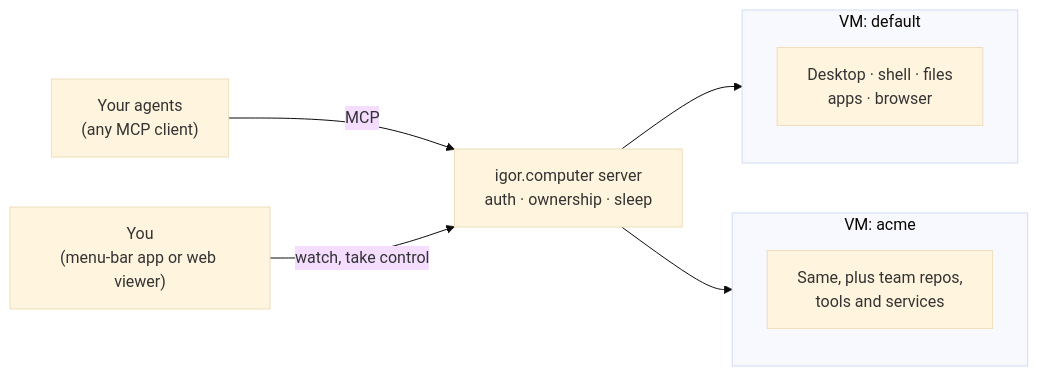
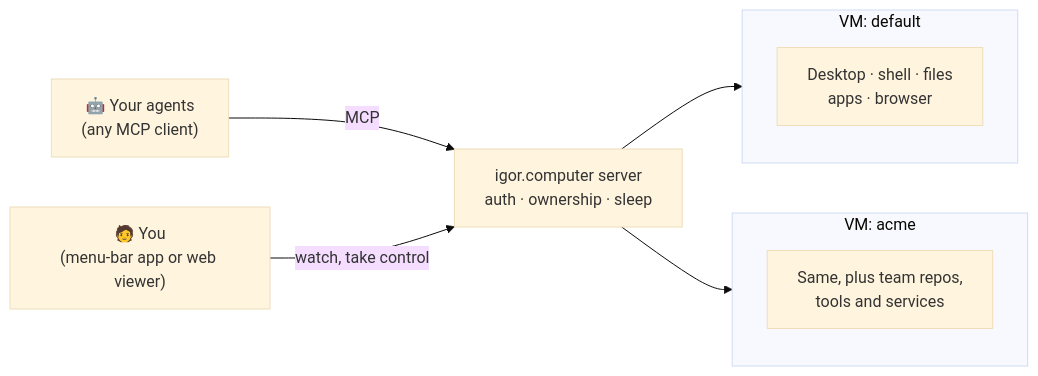
The diagram in README.md (DaniGuardiola/igor.computer), drawn with Mermaid (base theme) before and after one commit. The commit also changed other lines of this file, not shown here.

````diff
--- a/README.md
+++ b/README.md
@@ -118,13 +20,13 @@
 ```mermaid
 flowchart LR
-  A["Your agents<br/>(any MCP client)"] -->|MCP| S
-  Y["You<br/>(menu-bar app or web viewer)"] -->|watch, take control| S
+  A["🤖 Your agents<br/>(any MCP client)"] -->|MCP| S
+  Y["🧑 You<br/>(menu-bar app or web viewer)"] -->|watch, take control| S
   S["igor.computer server<br/>auth · ownership · sleep"] --> V1
   S --> V2
   subgraph V1["VM: default"]
     C1["Desktop · shell · files<br/>apps · browser"]
   end
   subgraph V2["VM: acme"]
     C2["Same, plus team repos,<br/>tools and services"]
   end
 ```
````
